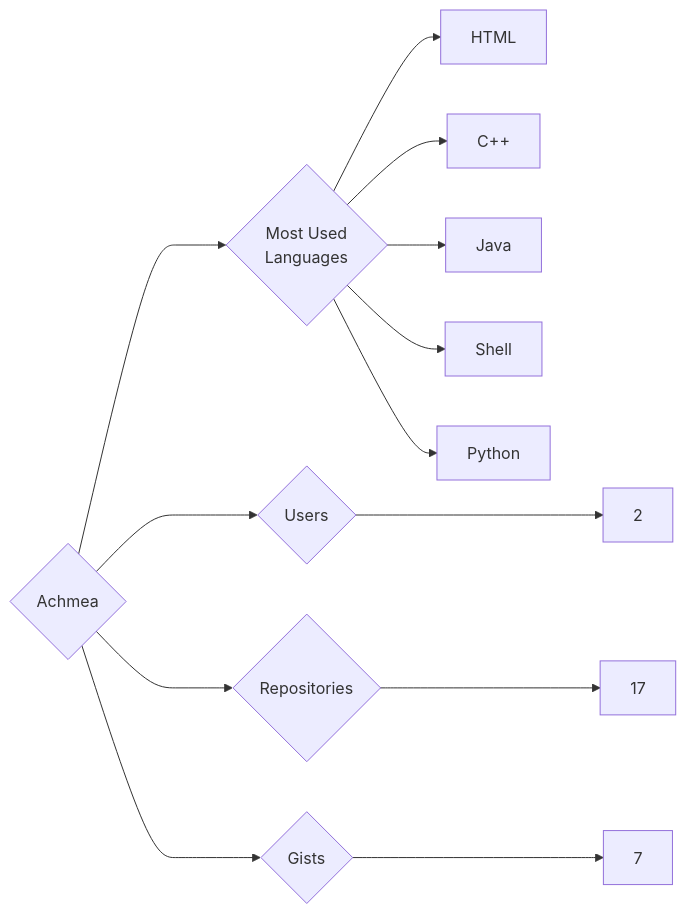
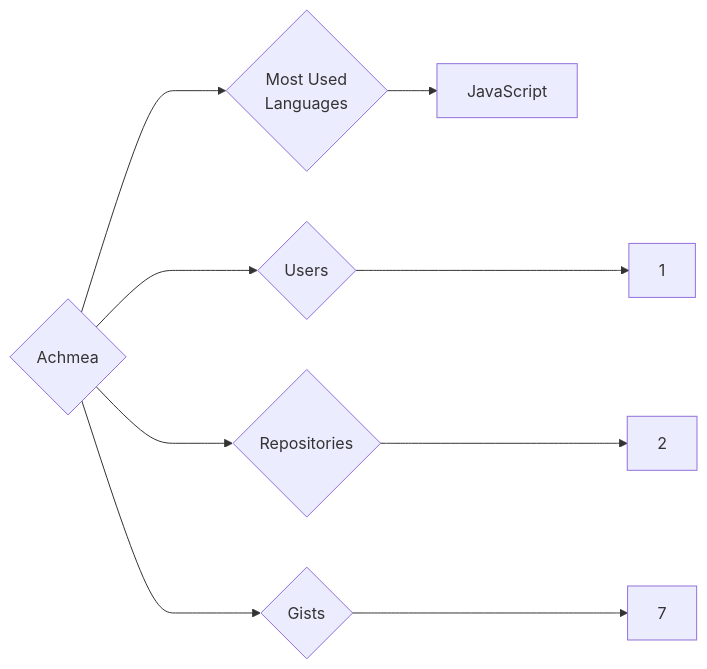
One commit to trickest/insiders changed the diagram in targets/Achmea/README.md. Above: the diagram before and after it, drawn with Mermaid. The commit also changed 1055 other files, not shown here.

````diff
--- a/targets/Achmea/README.md
+++ b/targets/Achmea/README.md
@@ -3,13 +3,9 @@
 ```mermaid
 graph LR
 COMPANY_NAME{Achmea}
-COMPANY_NAME ---> U{Users} ---> UN[2]
-COMPANY_NAME ---> R{Repositories} ---> RN[17]
+COMPANY_NAME ---> U{Users} ---> UN[1]
+COMPANY_NAME ---> R{Repositories} ---> RN[2]
 COMPANY_NAME ---> G{Gists} ---> GN[7]
 COMPANY_NAME ---> ML{Most Used<br>Languages}
-ML --> HTML[HTML]
-ML --> C++[C++]
-ML --> Java[Java]
-ML --> Shell[Shell]
-ML --> Python[Python]
+ML --> JavaScript[JavaScript]
 ```
````
